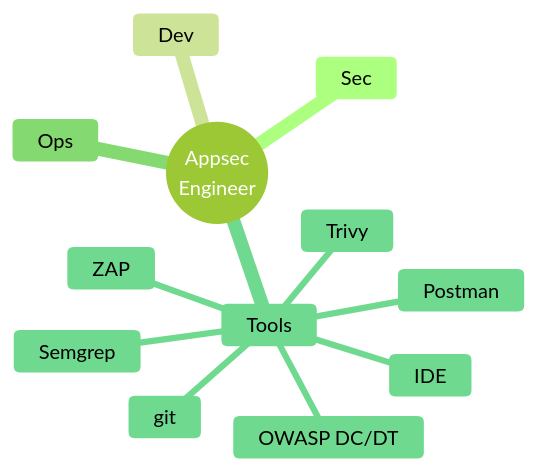
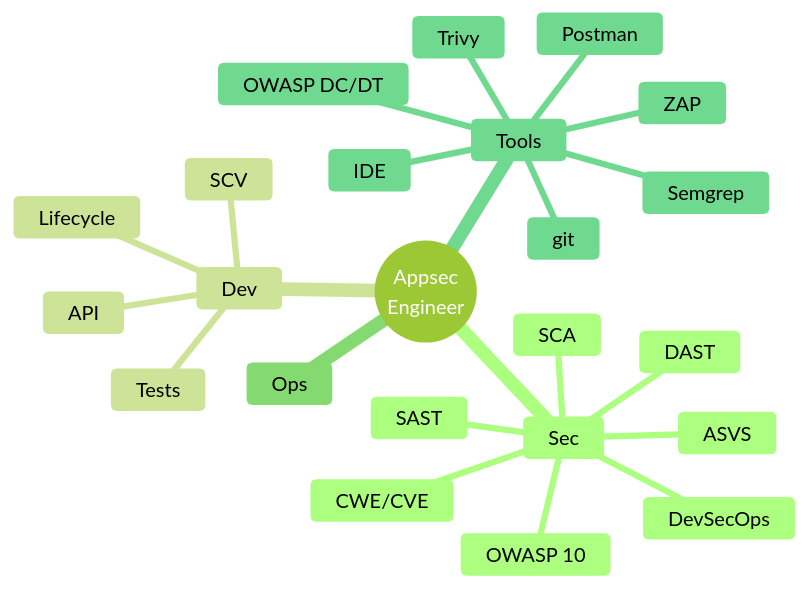
The diagram in README.md (kremlsa/StudyPlanAppSec), drawn with Mermaid before and after one commit.

````diff
--- a/README.md
+++ b/README.md
@@ -2,17 +2,27 @@
 ```mermaid
 %%{init: {'theme':'forest'}}%%
 mindmap
   root((Appsec<br/>Engineer))
     Sec
+      OWASP 10
+      CWE/CVE
+      SCA
+      SAST
+      DAST
+      ASVS
+      DevSecOps
     Dev
-      
+      Lifecycle
+      SCV
+      API
+      Tests
     Ops
     Tools
       IDE
       git
       Postman
       ZAP
       Semgrep
       Trivy
       OWASP DC/DT
 ```
````
